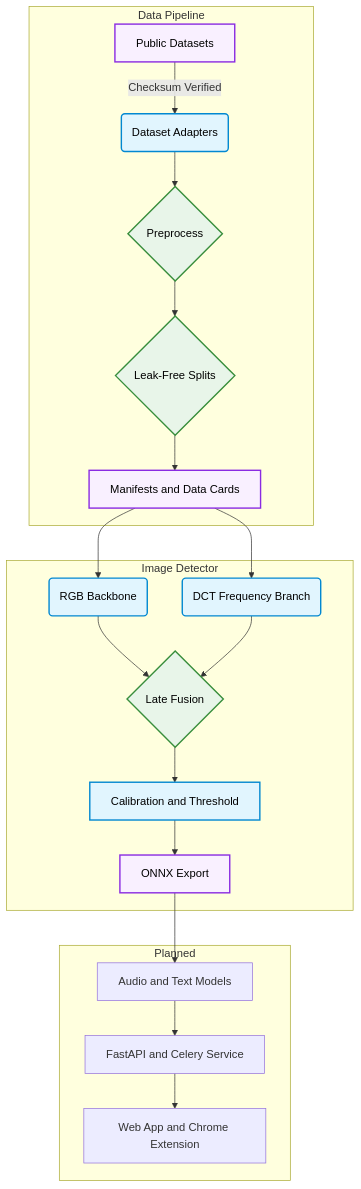
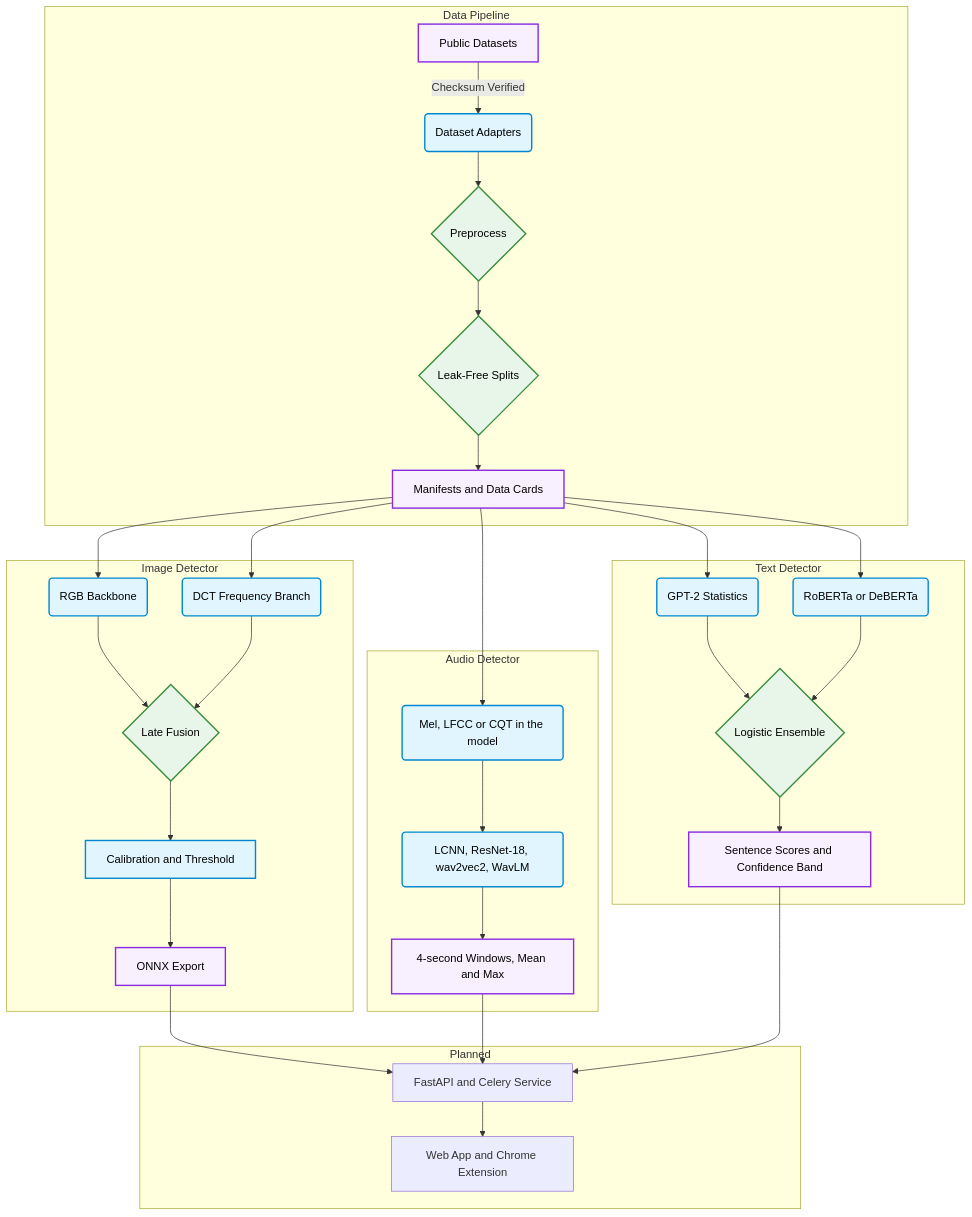
The diagram in README.md (Shashank17singh/TruthLens), drawn with Mermaid before and after one commit. The commit also changed other lines of this file, not shown here.

First line of the commit message:
Update the README with audio and text detectors

````diff
--- a/README.md
+++ b/README.md
@@ -17,32 +17,47 @@
 ```mermaid
 graph TD
     subgraph "Data Pipeline"
     A[Public Datasets] -->|Checksum Verified| B(Dataset Adapters)
     B --> C{Preprocess}
     C --> D{Leak-Free Splits}
     D --> E[Manifests and Data Cards]
     end
 
     subgraph "Image Detector"
     E --> F(RGB Backbone)
     E --> G(DCT Frequency Branch)
     F --> H{Late Fusion}
     G --> H
     H --> I[Calibration and Threshold]
     I --> J[ONNX Export]
     end
 
+    subgraph "Audio Detector"
+    E --> N(Mel, LFCC or CQT in the model)
+    N --> O(LCNN, ResNet-18, wav2vec2, WavLM)
+    O --> P[4-second Windows, Mean and Max]
+    end
+
+    subgraph "Text Detector"
+    E --> Q(GPT-2 Statistics)
+    E --> R(RoBERTa or DeBERTa)
+    Q --> S{Logistic Ensemble}
+    R --> S
+    S --> T[Sentence Scores and Confidence Band]
+    end
+
     subgraph "Planned"
-    J --> K[Audio and Text Models]
-    K --> L[FastAPI and Celery Service]
+    J --> L[FastAPI and Celery Service]
+    P --> L
+    T --> L
     L --> M[Web App and Chrome Extension]
     end
 
     classDef io fill:#f9f0ff,stroke:#8a2be2,stroke-width:2px,color:#000;
     classDef core fill:#e1f5fe,stroke:#0288d1,stroke-width:2px,color:#000;
     classDef logic fill:#e8f5e9,stroke:#388e3c,stroke-width:2px,color:#000;
 
-    class A,E,J io;
-    class B,F,G,I core;
-    class C,D,H logic;
+    class A,E,J,P,T io;
+    class B,F,G,I,N,O,Q,R core;
+    class C,D,H,S logic;
 ```
````
